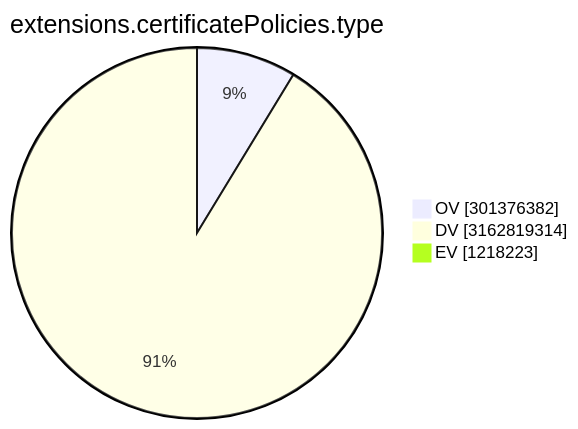
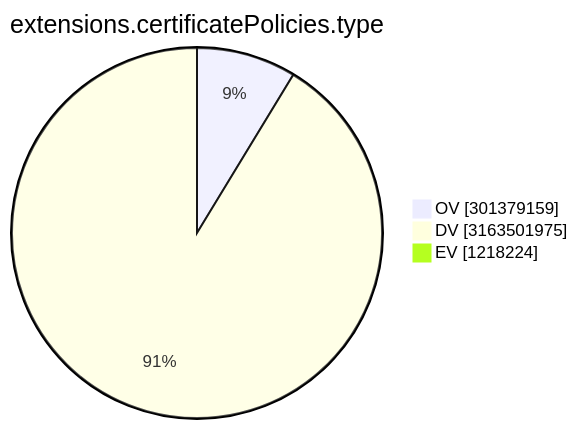
The ninth of 15 diagrams in TOTAL/README.md (christiankrug/ctmonitor_visualization), drawn with Mermaid before and after one commit. The commit also changed other lines of this file, not shown here.

````diff
--- a/TOTAL/README.md
+++ b/TOTAL/README.md
@@ -3105,7 +3105,7 @@
 ```mermaid
 pie showData
 title extensions.certificatePolicies.type
-"OV" :301376382
-"DV" :3162819314
-"EV" :1218223
+"OV" :301379159
+"DV" :3163501975
+"EV" :1218224
 ```
````
